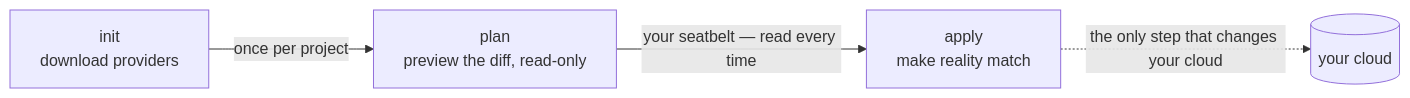
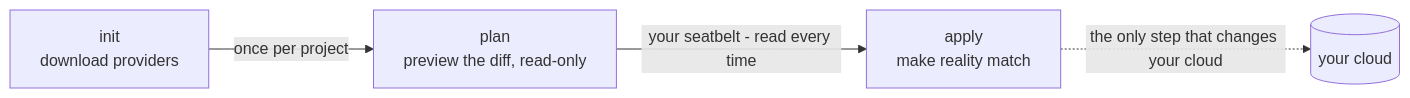
The first of 2 diagrams in guides/devops/infrastructure-as-code-terraform/02-how-terraform-works.md (Topurrra/themissingmanual), drawn with Mermaid before and after one commit. The commit also changed other lines of this file and 1009 other files, not shown here.

````diff
--- a/guides/devops/infrastructure-as-code-terraform/02-how-terraform-works.md
+++ b/guides/devops/infrastructure-as-code-terraform/02-how-terraform-works.md
@@ -62,6 +62,6 @@
 ```mermaid
 flowchart LR
   Init[init<br/>download providers] -->|once per project| Plan[plan<br/>preview the diff, read-only]
-  Plan -->|your seatbelt — read every time| Apply[apply<br/>make reality match]
+  Plan -->|your seatbelt - read every time| Apply[apply<br/>make reality match]
   Apply -.->|the only step that changes your cloud| Cloud[(your cloud)]
 ```
````
